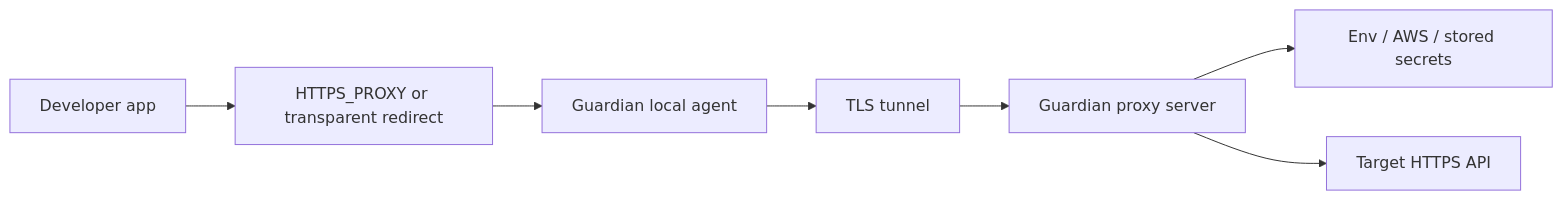
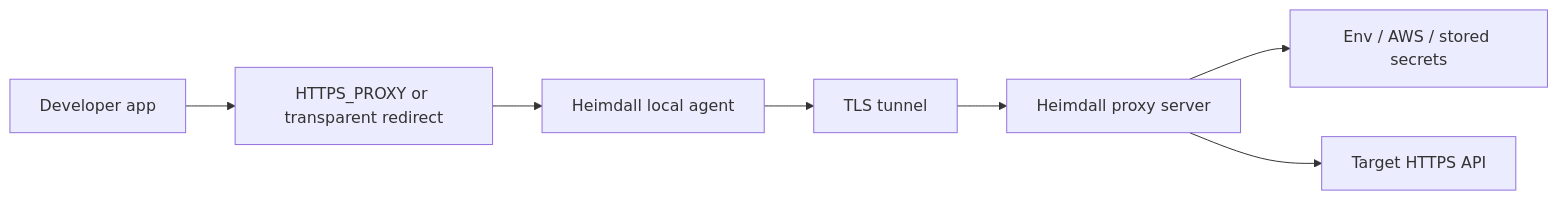
Before and after one commit to BenTimor/Heimdall: the diagram in docs/architecture.md, drawn with Mermaid. The commit also changed other lines of this file and 40 other files, not shown here.

Commit message:
Renaming Guardian to Heimdall through all project

````diff
--- a/docs/architecture.md
+++ b/docs/architecture.md
@@ -5,9 +5,9 @@
 ```mermaid
 flowchart LR
     App["Developer app"] --> Entry["HTTPS_PROXY or transparent redirect"]
-    Entry --> Agent["Guardian local agent"]
+    Entry --> Agent["Heimdall local agent"]
     Agent --> Tunnel["TLS tunnel"]
-    Tunnel --> Proxy["Guardian proxy server"]
+    Tunnel --> Proxy["Heimdall proxy server"]
     Proxy --> Secrets["Env / AWS / stored secrets"]
     Proxy --> Target["Target HTTPS API"]
 ```
````
